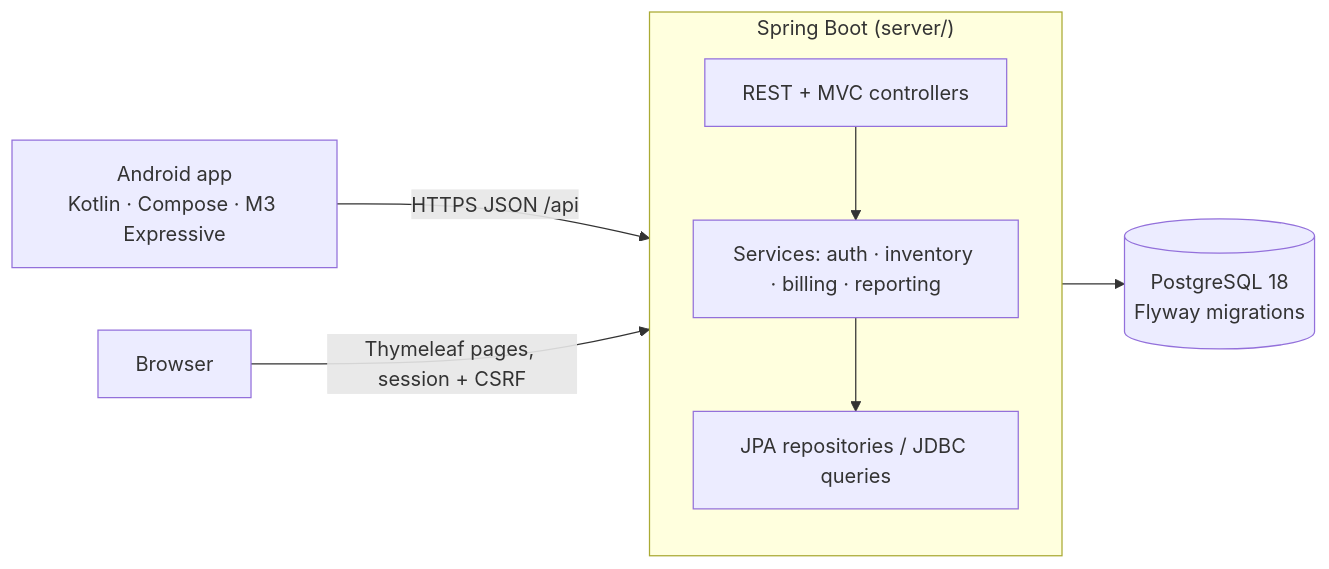
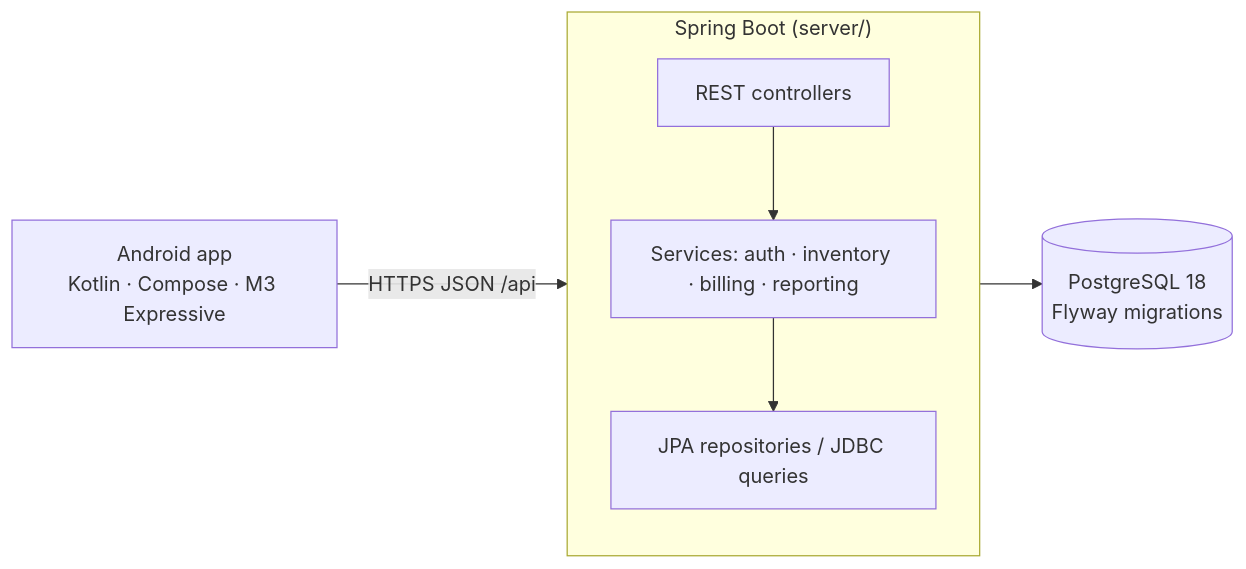
The diagram in docs/architecture.md (tsaty01/smartstock), drawn with Mermaid before and after one commit. The commit also changed other lines of this file and 3 other files, not shown here.

````diff
--- a/docs/architecture.md
+++ b/docs/architecture.md
@@ -3,11 +3,10 @@
 ```mermaid
 flowchart LR
     A["Android app<br/>Kotlin · Compose · M3 Expressive"] -->|HTTPS JSON /api| S
-    W["Browser"] -->|Thymeleaf pages, session + CSRF| S
     subgraph S["Spring Boot (server/)"]
         direction TB
-        C["REST + MVC controllers"] --> SV["Services: auth · inventory · billing · reporting"]
+        C["REST controllers"] --> SV["Services: auth · inventory · billing · reporting"]
         SV --> R["JPA repositories / JDBC queries"]
     end
     R --> DB[("PostgreSQL 18<br/>Flyway migrations")]
 ```
````
